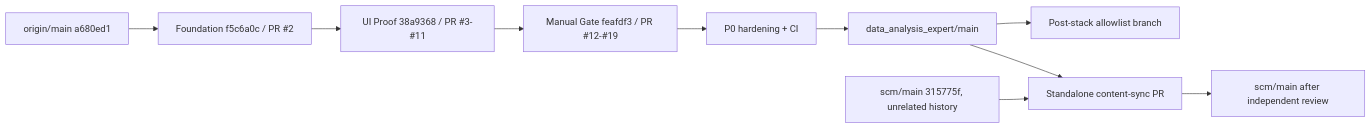
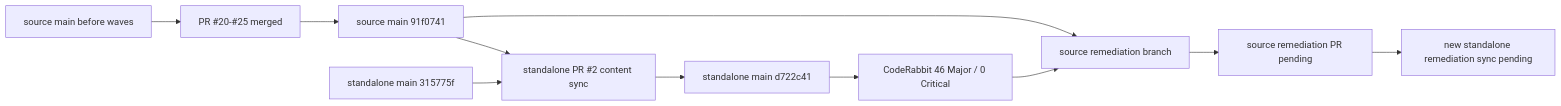
The diagram in scm/drafts/analysis/aip-scm-node-deepdive-optimization-draft-20260627/92-current-branch-consolidation-and-merge-execution-plan-draft-20260716.md (zjgulai/data_analysis_expert), drawn with Mermaid before and after one commit. The commit also changed other lines of this file and 44 other files, not shown here.

Commit message:
fix(scm): close post-merge review findings

````diff
--- a/scm/drafts/analysis/aip-scm-node-deepdive-optimization-draft-20260627/92-current-branch-consolidation-and-merge-execution-plan-draft-20260716.md
+++ b/scm/drafts/analysis/aip-scm-node-deepdive-optimization-draft-20260627/92-current-branch-consolidation-and-merge-execution-plan-draft-20260716.md
@@ -97,12 +100,13 @@
 ```mermaid
 flowchart LR
-  O["origin/main a680ed1"] --> F["Foundation f5c6a0c / PR #2"]
-  F --> U["UI Proof 38a9368 / PR #3-#11"]
-  U --> M["Manual Gate feafdf3 / PR #12-#19"]
-  M --> H["P0 hardening + CI"]
-  H --> OM["data_analysis_expert/main"]
-  OM --> P["Post-stack allowlist branch"]
-  S["scm/main 315775f, unrelated history"] --> X["Standalone content-sync PR"]
+  O["source main before waves"] --> W["PR #20-#25 merged"]
+  W --> OM["source main 91f0741"]
+  S["standalone main 315775f"] --> X["standalone PR #2 content sync"]
   OM --> X
-  X --> SA["scm/main after independent review"]
+  X --> SA["standalone main d722c41"]
+  SA --> R["CodeRabbit 46 Major / 0 Critical"]
+  OM --> SR["source remediation branch"]
+  R --> SR
+  SR --> SP["source remediation PR pending"]
+  SP --> SS["new standalone remediation sync pending"]
 ```
````
